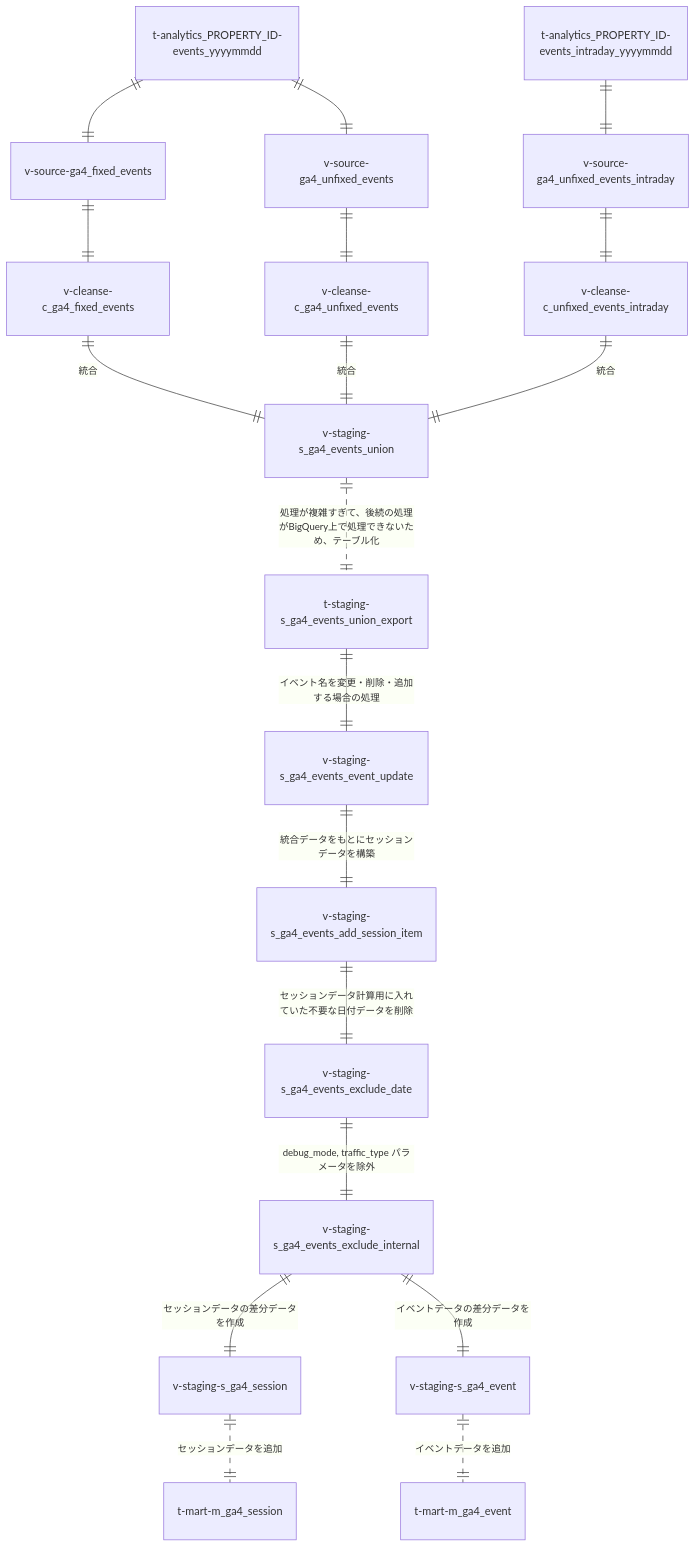
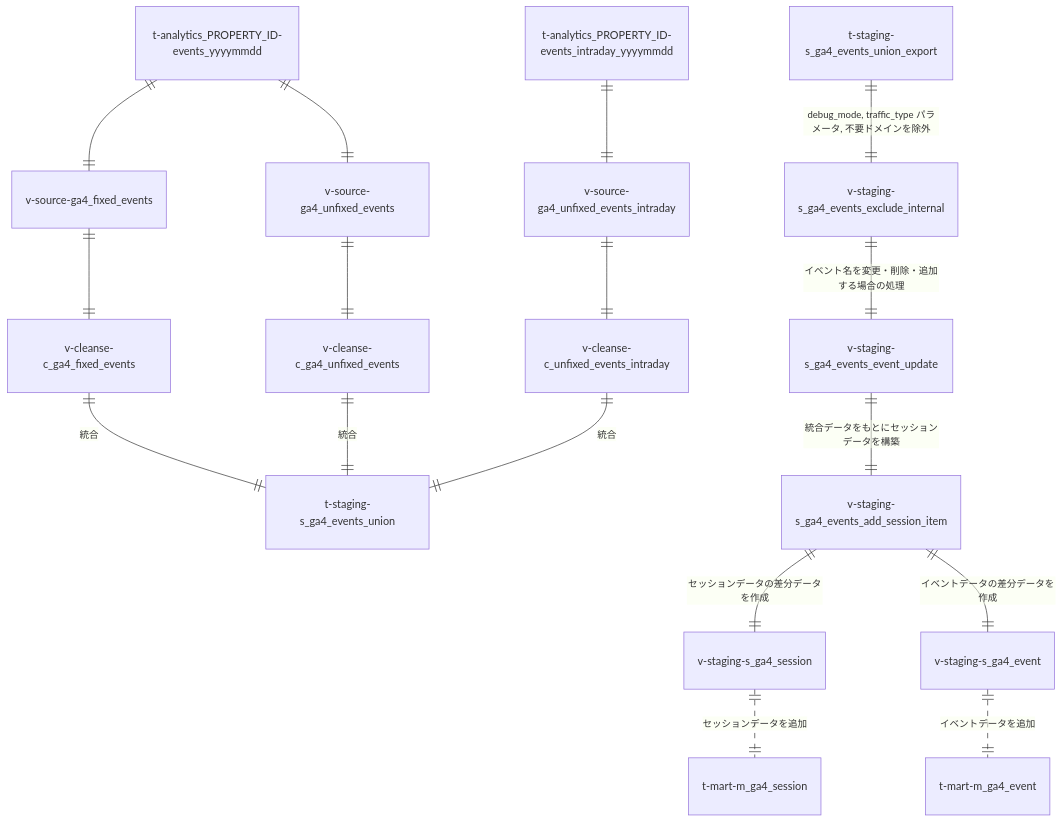
One commit to MondayTiger/molts_ga4 changed the diagram in README.md. Above: the diagram before and after it, drawn with Mermaid.

Commit message:
README.mdを実態に合わせて修正

````diff
--- a/README.md
+++ b/README.md
@@ -4,40 +4,34 @@
 ```mermaid
 erDiagram
 		%% GA4のイベントデータからソースデータを構築
     t-analytics_PROPERTY_ID-events_yyyymmdd ||--|| v-source-ga4_fixed_events : ""
     t-analytics_PROPERTY_ID-events_yyyymmdd ||--|| v-source-ga4_unfixed_events : ""
     t-analytics_PROPERTY_ID-events_intraday_yyyymmdd ||--|| v-source-ga4_unfixed_events_intraday : ""
 
 		%% ソースデータをクレンジング
     v-source-ga4_fixed_events ||--|| v-cleanse-c_ga4_fixed_events : ""
     v-source-ga4_unfixed_events ||--|| v-cleanse-c_ga4_unfixed_events : ""
     v-source-ga4_unfixed_events_intraday ||--|| v-cleanse-c_unfixed_events_intraday : ""
 
-		%% クレンジングしたデータを統合
-    v-cleanse-c_ga4_fixed_events ||--|| v-staging-s_ga4_events_union : "統合"
-    v-cleanse-c_ga4_unfixed_events ||--|| v-staging-s_ga4_events_union : "統合"
-    v-cleanse-c_unfixed_events_intraday ||--|| v-staging-s_ga4_events_union : "統合"
+		%% クレンジングしたデータを統合&処理が複雑すぎて、後続の処理がBigQuery上で処理できないため、テーブル化
+    v-cleanse-c_ga4_fixed_events ||--|| t-staging-s_ga4_events_union : "統合"
+    v-cleanse-c_ga4_unfixed_events ||--|| t-staging-s_ga4_events_union : "統合"
+    v-cleanse-c_unfixed_events_intraday ||--|| t-staging-s_ga4_events_union : "統合"
 
-		%% 処理が複雑すぎてBigQuery上で処理できないため、テーブル化
-    v-staging-s_ga4_events_union ||..|| t-staging-s_ga4_events_union_export : "処理が複雑すぎて、後続の処理がBigQuery上で処理できないため、テーブル化"
+		%% 内部アクセスを除外
+    t-staging-s_ga4_events_union_export ||--|| v-staging-s_ga4_events_exclude_internal : "debug_mode, traffic_type パラメータ, 不要ドメインを除外"
 
 		%% イベント名を変更・削除・追加する場合の処理
-    t-staging-s_ga4_events_union_export ||--|| v-staging-s_ga4_events_event_update : "イベント名を変更・削除・追加する場合の処理"
+    v-staging-s_ga4_events_exclude_internal ||--|| v-staging-s_ga4_events_event_update : "イベント名を変更・削除・追加する場合の処理"
 
 		%% 統合データをもとにセッションデータを構築
     v-staging-s_ga4_events_event_update ||--|| v-staging-s_ga4_events_add_session_item : "統合データをもとにセッションデータを構築"
 
-		%% セッションデータ計算用に入れていた不要な日付データを削除
-    v-staging-s_ga4_events_add_session_item ||--|| v-staging-s_ga4_events_exclude_date : "セッションデータ計算用に入れていた不要な日付データを削除"
-
-		%% 内部アクセスを除外
-    v-staging-s_ga4_events_exclude_date ||--|| v-staging-s_ga4_events_exclude_internal : "debug_mode, traffic_type パラメータを除外"
-
 		%% 各データマートに追加する差分データを構築
-    v-staging-s_ga4_events_exclude_internal ||--|| v-staging-s_ga4_session : "セッションデータの差分データを作成"
-    v-staging-s_ga4_events_exclude_internal ||--|| v-staging-s_ga4_event : "イベントデータの差分データを作成"
+    v-staging-s_ga4_events_add_session_item ||--|| v-staging-s_ga4_session : "セッションデータの差分データを作成"
+    v-staging-s_ga4_events_add_session_item ||--|| v-staging-s_ga4_event : "イベントデータの差分データを作成"
 
 		%% 蓄積済みの各データマートにデータを投入
     v-staging-s_ga4_session ||..|| t-mart-m_ga4_session : "セッションデータを追加"
     v-staging-s_ga4_event ||..|| t-mart-m_ga4_event : "イベントデータを追加"
  ```
````
